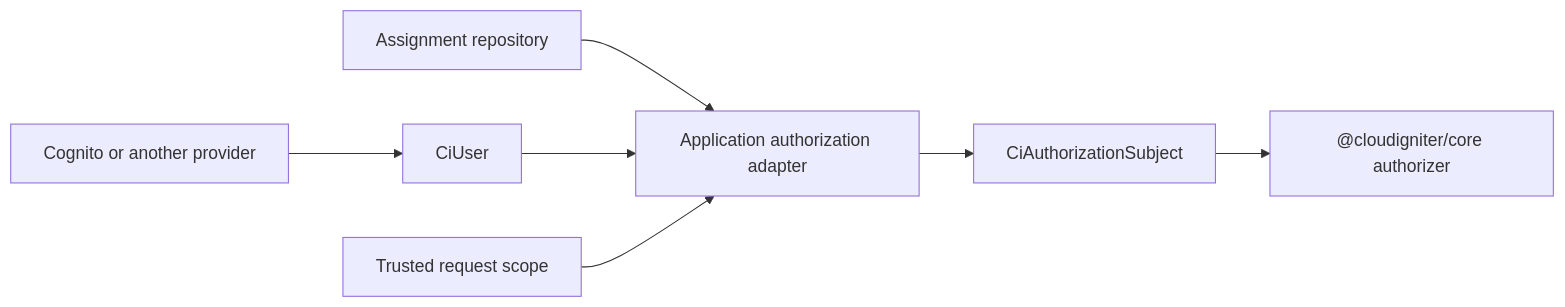
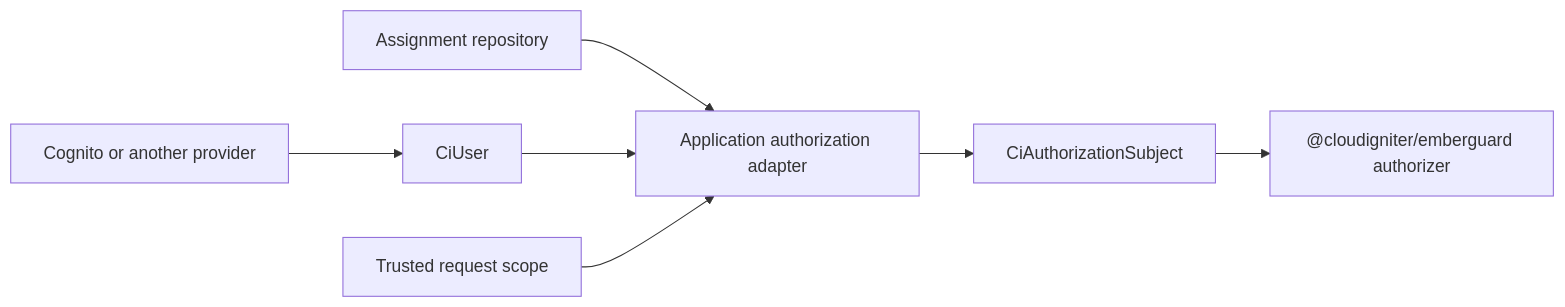
Before and after one commit to Shadi-Ayoub/cloudigniter3-backup: the first of 2 diagrams in developer-guide/docs/core-system/authorization/subjects-and-providers.mdx, drawn with Mermaid. The commit also changed other lines of this file and 1024 other files, not shown here.

````diff
--- a/developer-guide/docs/core-system/authorization/subjects-and-providers.mdx
+++ b/developer-guide/docs/core-system/authorization/subjects-and-providers.mdx
@@ -25,9 +25,9 @@
 ```mermaid
 flowchart LR
   A[Cognito or another provider] --> B[CiUser]
   C[Assignment repository] --> D[Application authorization adapter]
   B --> D
   E[Trusted request scope] --> D
   D --> F[CiAuthorizationSubject]
-  F --> G["@cloudigniter/core authorizer"]
+  F --> G["@cloudigniter/emberguard authorizer"]
 ```
````
